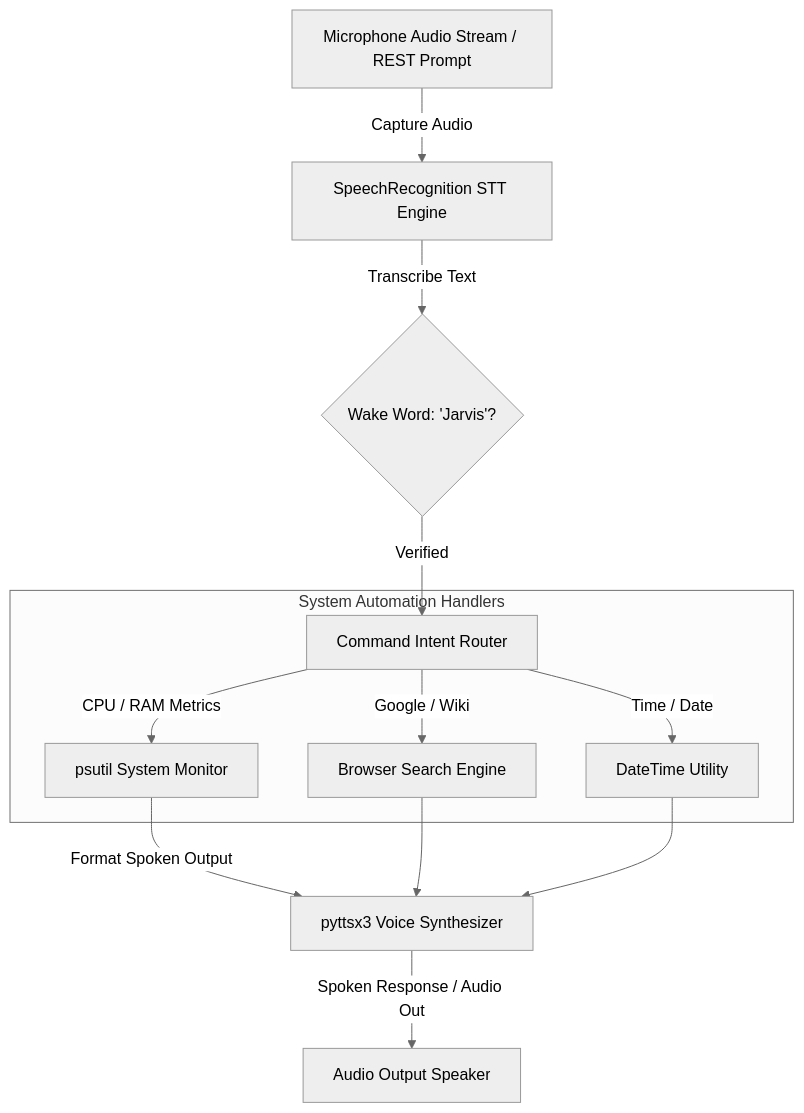
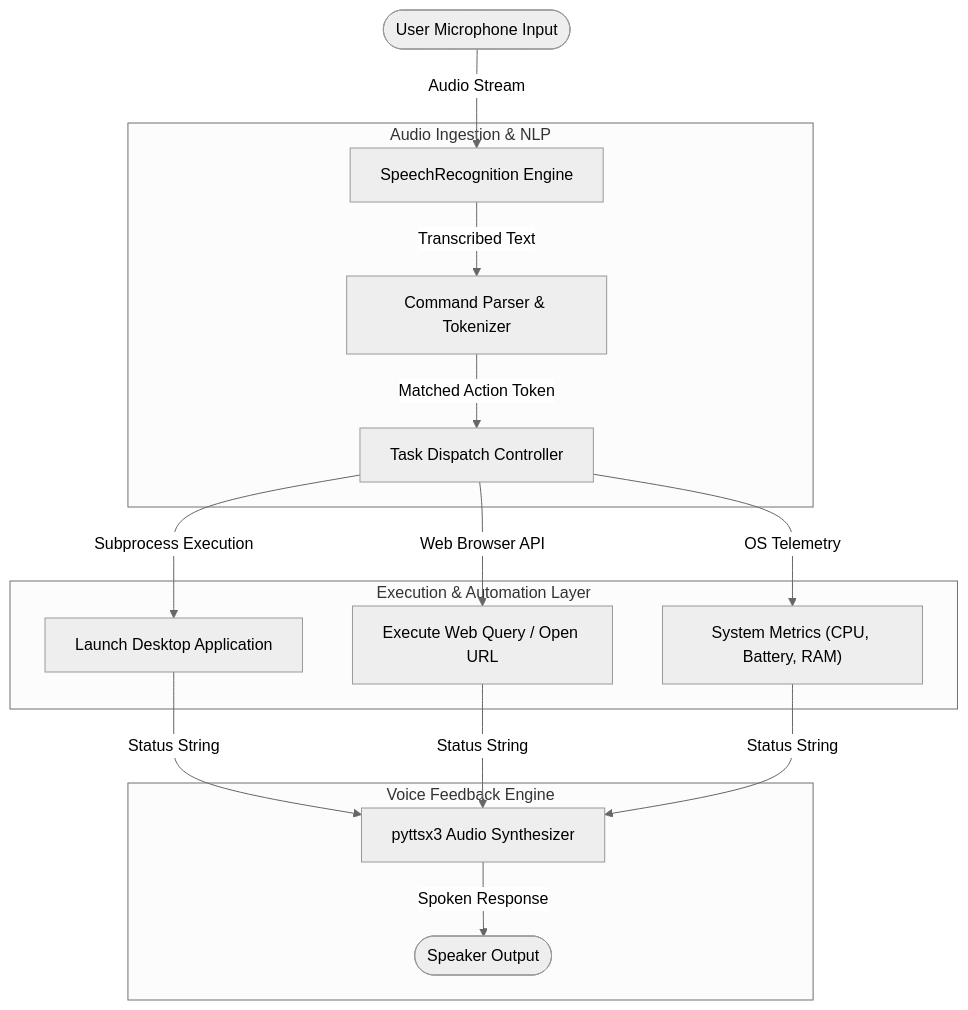
The diagram in 09-jarvis-voice-assistant/README.md (SudeeraHemantha/Portfolio_Projects), drawn with Mermaid (neutral theme) before and after one commit. The commit also changed other lines of this file, not shown here.

````diff
--- a/09-jarvis-voice-assistant/README.md
+++ b/09-jarvis-voice-assistant/README.md
@@ -12,18 +15,23 @@
 ```mermaid
 graph TD
-    Mic[Microphone Audio Stream / REST Prompt] -->|Capture Audio| Listener[SpeechRecognition STT Engine]
-    Listener -->|Transcribe Text| WakeWord{Wake Word: 'Jarvis'?}
+    User(["User Microphone Input"]) -->|Audio Stream| STT["SpeechRecognition Engine"]
     
-    WakeWord -->|Verified| Router[Command Intent Router]
-    
-    subgraph System Automation Handlers
-        Router -->|CPU / RAM Metrics| SysStats[psutil System Monitor]
-        Router -->|Google / Wiki| Search[Browser Search Engine]
-        Router -->|Time / Date| TimeUtil[DateTime Utility]
+    subgraph Audio_Processing["Audio Ingestion & NLP"]
+        STT -->|Transcribed Text| Normalizer["Command Parser & Tokenizer"]
+        Normalizer -->|Matched Action Token| Dispatcher["Task Dispatch Controller"]
     end
 
-    SysStats -->|Format Spoken Output| TTS[pyttsx3 Voice Synthesizer]
-    Search --> TTS
-    TimeUtil --> TTS
-    TTS -->|Spoken Response / Audio Out| Speaker[Audio Output Speaker]
+    subgraph OS_Execution["Execution & Automation Layer"]
+        Dispatcher -->|Subprocess Execution| AppLaunch["Launch Desktop Application"]
+        Dispatcher -->|Web Browser API| WebSearch["Execute Web Query / Open URL"]
+        Dispatcher -->|OS Telemetry| SysStatus["System Metrics (CPU, Battery, RAM)"]
+    end
+
+    subgraph Feedback_Loop["Voice Feedback Engine"]
+        AppLaunch -->|Status String| TTS["pyttsx3 Audio Synthesizer"]
+        WebSearch -->|Status String| TTS
+        SysStatus -->|Status String| TTS
+        TTS -->|Spoken Response| Speaker(["Speaker Output"])
+    end
+
 ```
````
